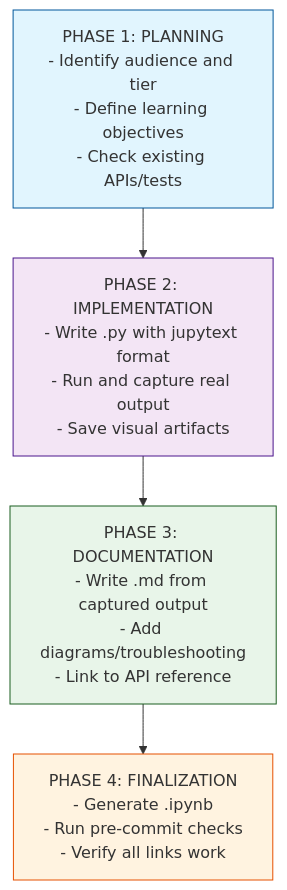
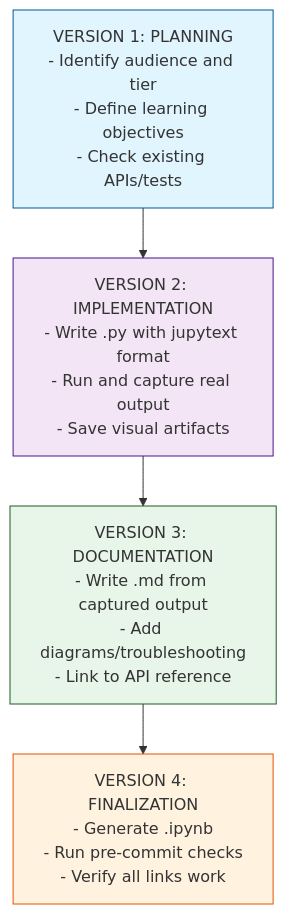
The fifth of 5 diagrams in docs/development/example_documentation_design.md (avitai/opifex), drawn with Mermaid before and after one commit. The commit also changed other lines of this file and 1082 other files, not shown here.

````diff
--- a/docs/development/example_documentation_design.md
+++ b/docs/development/example_documentation_design.md
@@ -2168,14 +2168,14 @@
 ```mermaid
 flowchart TB
-    P1["PHASE 1: PLANNING<br/>- Identify audience and tier<br/>- Define learning objectives<br/>- Check existing APIs/tests"]
-    P2["PHASE 2: IMPLEMENTATION<br/>- Write .py with jupytext format<br/>- Run and capture real output<br/>- Save visual artifacts"]
-    P3["PHASE 3: DOCUMENTATION<br/>- Write .md from captured output<br/>- Add diagrams/troubleshooting<br/>- Link to API reference"]
-    P4["PHASE 4: FINALIZATION<br/>- Generate .ipynb<br/>- Run pre-commit checks<br/>- Verify all links work"]
+    P1["VERSION 1: PLANNING<br/>- Identify audience and tier<br/>- Define learning objectives<br/>- Check existing APIs/tests"]
+    P2["VERSION 2: IMPLEMENTATION<br/>- Write .py with jupytext format<br/>- Run and capture real output<br/>- Save visual artifacts"]
+    P3["VERSION 3: DOCUMENTATION<br/>- Write .md from captured output<br/>- Add diagrams/troubleshooting<br/>- Link to API reference"]
+    P4["VERSION 4: FINALIZATION<br/>- Generate .ipynb<br/>- Run pre-commit checks<br/>- Verify all links work"]
 
     P1 --> P2 --> P3 --> P4
 
     style P1 fill:#e1f5fe,stroke:#01579b
     style P2 fill:#f3e5f5,stroke:#4a148c
     style P3 fill:#e8f5e9,stroke:#1b5e20
     style P4 fill:#fff3e0,stroke:#e65100
 ```
````
